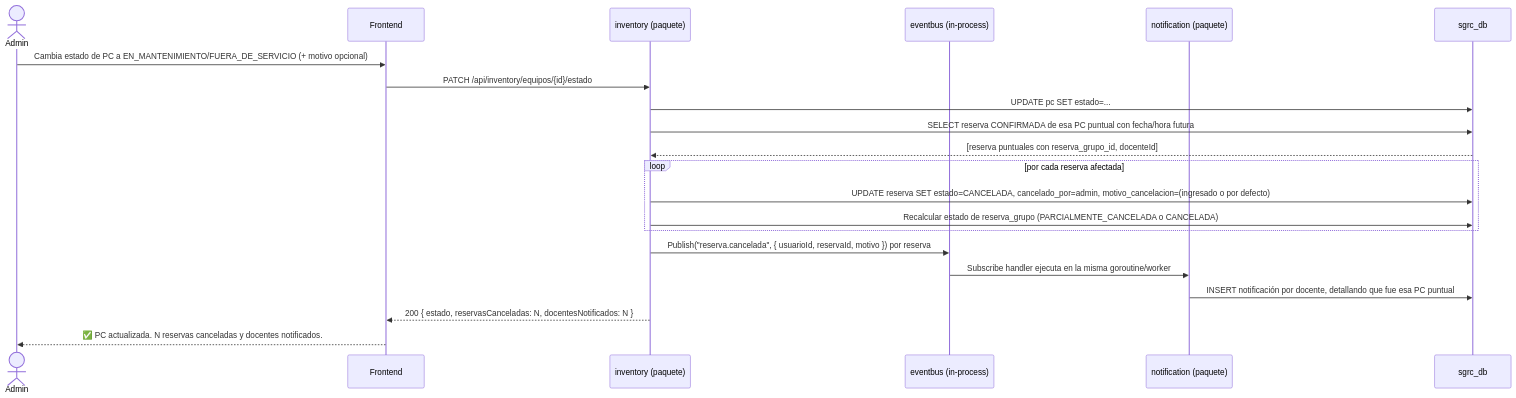
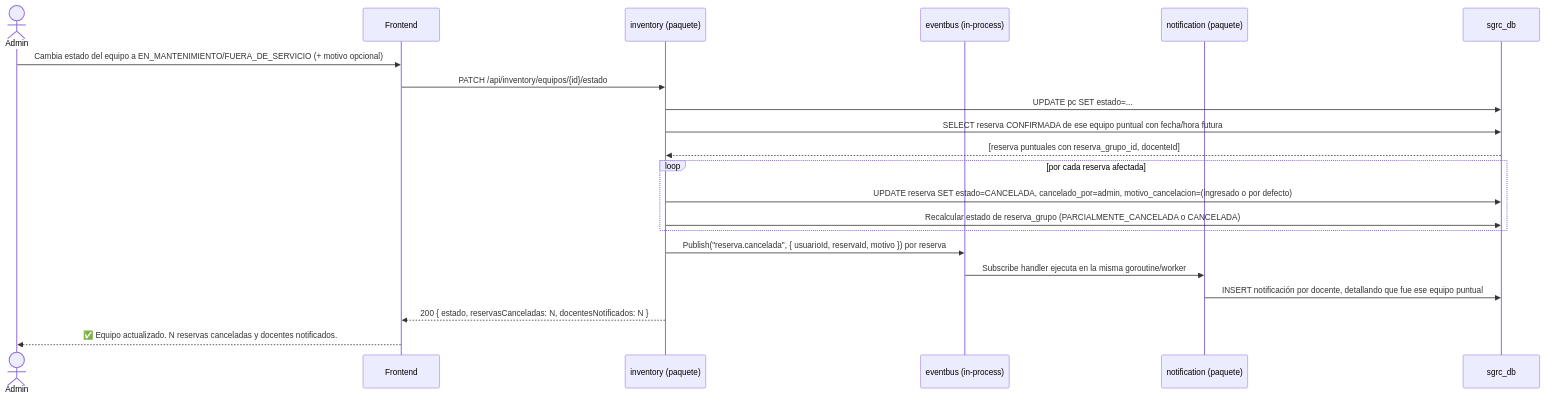
Before and after one commit to agustin-y2k/sgrc: the seventh of 13 diagrams in docs/04-diagramas-secuencia.md, drawn with Mermaid. The commit also changed other lines of this file and 81 other files, not shown here.

````diff
--- a/docs/04-diagramas-secuencia.md
+++ b/docs/04-diagramas-secuencia.md
@@ -224,24 +224,24 @@
 ```mermaid
 sequenceDiagram
     actor ADM as Admin
     participant FE as Frontend
     participant INV as inventory (paquete)
     participant EB as eventbus (in-process)
     participant NOTIF as notification (paquete)
     participant DB as sgrc_db
 
-    ADM->>FE: Cambia estado de PC a EN_MANTENIMIENTO/FUERA_DE_SERVICIO (+ motivo opcional)
+    ADM->>FE: Cambia estado del equipo a EN_MANTENIMIENTO/FUERA_DE_SERVICIO (+ motivo opcional)
     FE->>INV: PATCH /api/inventory/equipos/{id}/estado
     INV->>DB: UPDATE pc SET estado=...
-    INV->>DB: SELECT reserva CONFIRMADA de esa PC puntual con fecha/hora futura
+    INV->>DB: SELECT reserva CONFIRMADA de ese equipo puntual con fecha/hora futura
     DB-->>INV: [reserva puntuales con reserva_grupo_id, docenteId]
     loop por cada reserva afectada
         INV->>DB: UPDATE reserva SET estado=CANCELADA, cancelado_por=admin, motivo_cancelacion=(ingresado o por defecto)
         INV->>DB: Recalcular estado de reserva_grupo (PARCIALMENTE_CANCELADA o CANCELADA)
     end
     INV->>EB: Publish("reserva.cancelada", { usuarioId, reservaId, motivo }) por reserva
     EB->>NOTIF: Subscribe handler ejecuta en la misma goroutine/worker
-    NOTIF->>DB: INSERT notificación por docente, detallando que fue esa PC puntual
+    NOTIF->>DB: INSERT notificación por docente, detallando que fue ese equipo puntual
     INV-->>FE: 200 { estado, reservasCanceladas: N, docentesNotificados: N }
-    FE-->>ADM: ✅ PC actualizada. N reservas canceladas y docentes notificados.
+    FE-->>ADM: ✅ Equipo actualizado. N reservas canceladas y docentes notificados.
 ```
````
